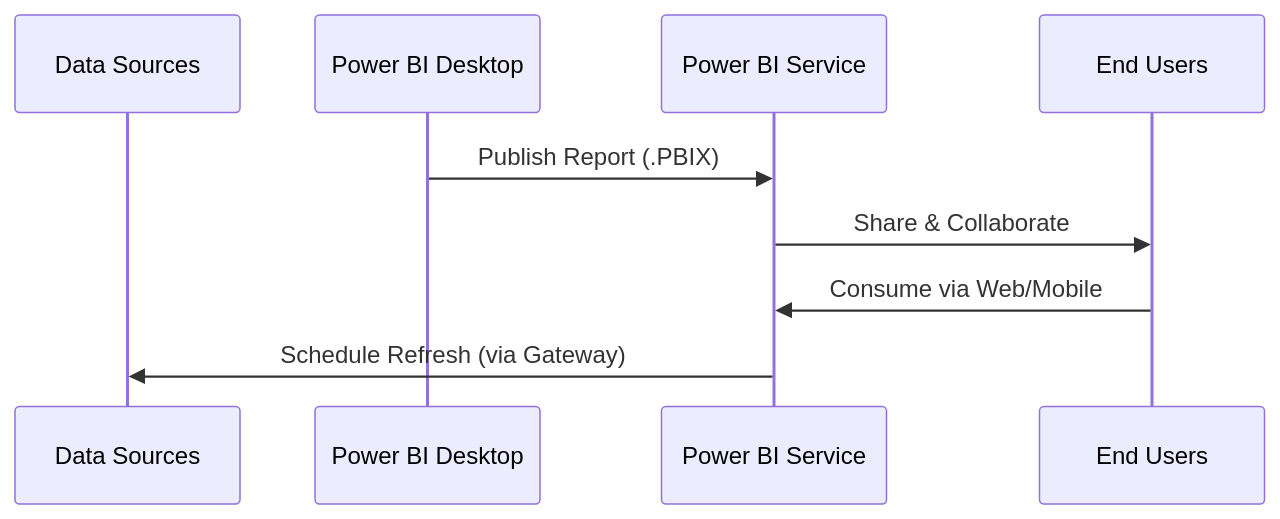
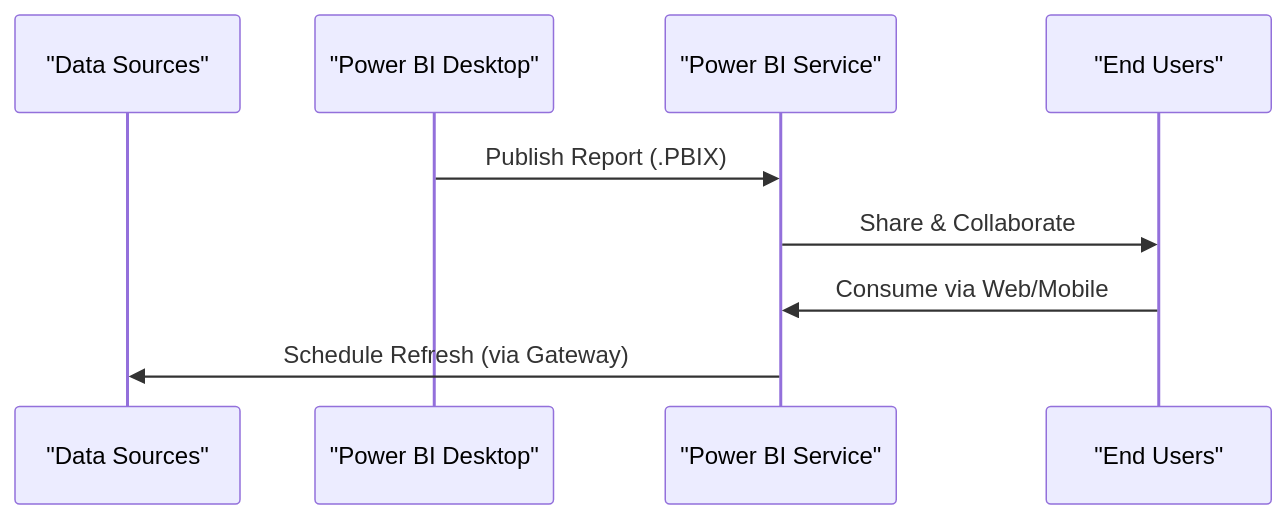
Before and after one commit to cpvardhan/data-engineering-wiki: the first of 5 diagrams in docs/courses/power-bi-service/powerbi-service-cheatsheet.md, drawn with Mermaid.

````diff
--- a/docs/courses/power-bi-service/powerbi-service-cheatsheet.md
+++ b/docs/courses/power-bi-service/powerbi-service-cheatsheet.md
@@ -24,12 +24,14 @@
 ```mermaid
 sequenceDiagram
-    participant DS as Data Sources
-    participant PBD as Power BI Desktop
-    participant PBIS as Power BI Service
-    participant EU as End Users
+     
+    participant DS   as "Data Sources"
+    participant PBD  as "Power BI Desktop"
+    participant PBIS as "Power BI Service"
+    participant EU   as "End Users"
 
-    PBD->>PBIS: Publish Report (.PBIX)
-    PBIS->>EU: Share & Collaborate
-    EU->>PBIS: Consume via Web/Mobile
-    PBIS->>DS: Schedule Refresh (via Gateway)
+    PBD  ->> PBIS : Publish Report (.PBIX)
+    PBIS ->> EU   : Share & Collaborate
+    EU   ->> PBIS : Consume via Web/Mobile
+    PBIS ->> DS   : Schedule Refresh (via Gateway)
+
 ```
````
